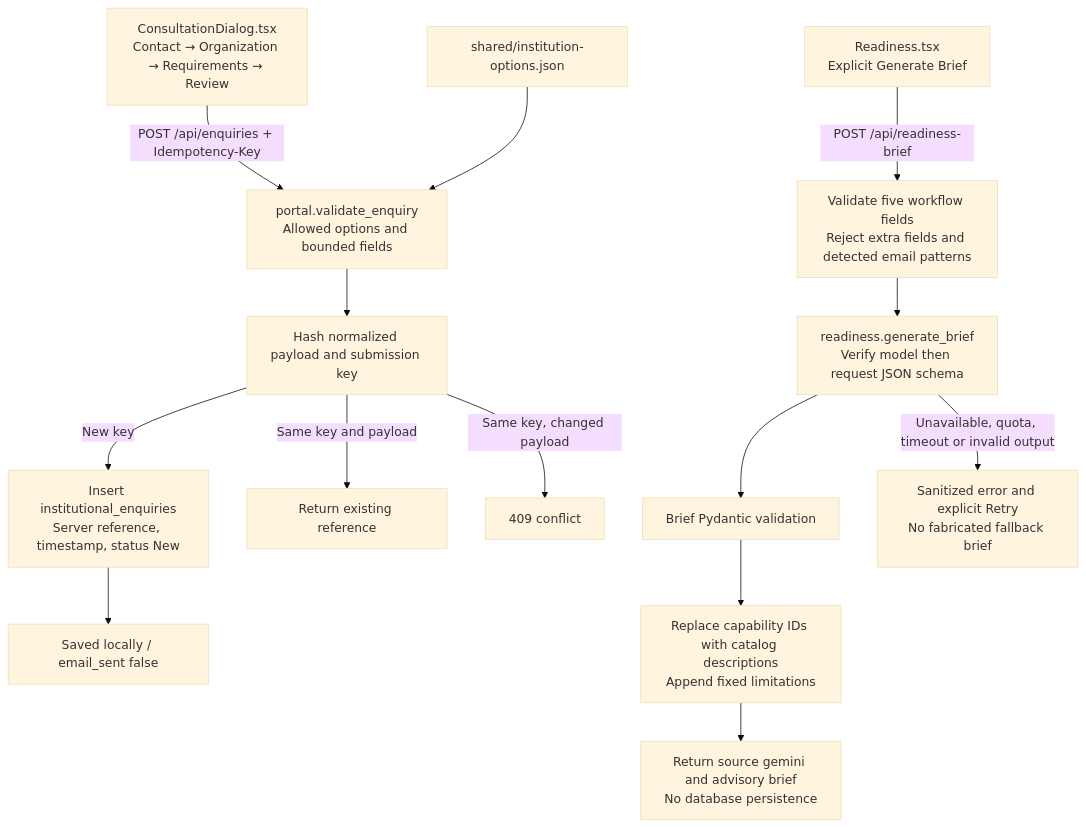
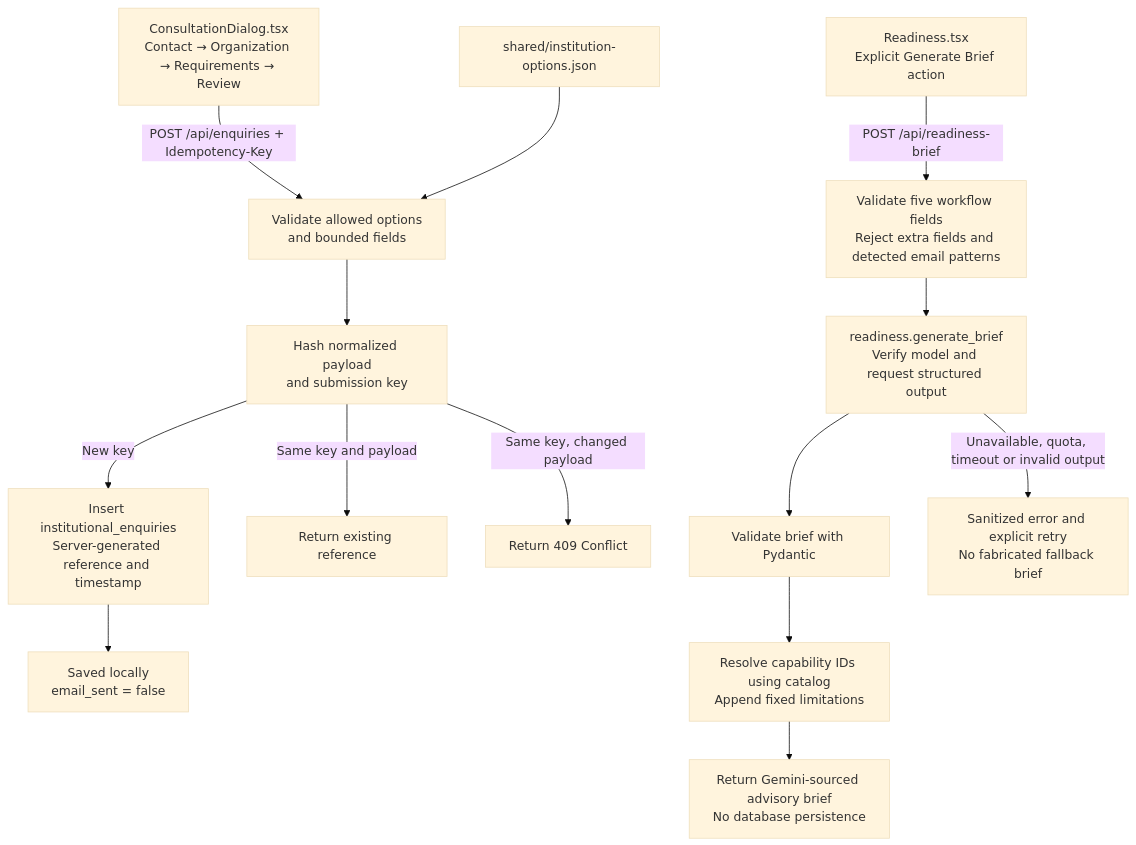
Before and after one commit to harsh5ingh/classroom-insight: the third of 5 diagrams in docs/ARCHITECTURE.md, drawn with Mermaid (base theme). The commit also changed other lines of this file and 5 other files, not shown here.

````diff
--- a/docs/ARCHITECTURE.md
+++ b/docs/ARCHITECTURE.md
@@ -82,16 +116,21 @@
 ```mermaid
 flowchart TD
-    Consultation["ConsultationDialog.tsx\nContact → Organization → Requirements → Review"] -->|"POST /api/enquiries + Idempotency-Key"| Validate["portal.validate_enquiry\nAllowed options and bounded fields"]
+    Consultation["ConsultationDialog.tsx<br/>Contact → Organization → Requirements → Review"]
+    Consultation -->|"POST /api/enquiries + Idempotency-Key"| Validate["Validate allowed options<br/>and bounded fields"]
     Options["shared/institution-options.json"] --> Validate
-    Validate --> Dedupe["Hash normalized payload and submission key"]
-    Dedupe -->|"New key"| Insert["Insert institutional_enquiries\nServer reference, timestamp, status New"]
+
+    Validate --> Dedupe["Hash normalized payload<br/>and submission key"]
+    Dedupe -->|"New key"| Insert["Insert institutional_enquiries<br/>Server-generated reference and timestamp"]
     Dedupe -->|"Same key and payload"| Replay["Return existing reference"]
-    Dedupe -->|"Same key, changed payload"| Conflict["409 conflict"]
-    Insert --> Saved["Saved locally / email_sent false"]
-    ReadinessUI["Readiness.tsx\nExplicit Generate Brief"] -->|"POST /api/readiness-brief"| Workflow["Validate five workflow fields\nReject extra fields and detected email patterns"]
-    Workflow --> Generation["readiness.generate_brief\nVerify model then request JSON schema"]
-    Generation --> Schema["Brief Pydantic validation"]
-    Schema --> Grounding["Replace capability IDs with catalog descriptions\nAppend fixed limitations"]
-    Grounding --> Result["Return source gemini and advisory brief\nNo database persistence"]
-    Generation -->|"Unavailable, quota, timeout or invalid output"| Failure["Sanitized error and explicit Retry\nNo fabricated fallback brief"]
+    Dedupe -->|"Same key, changed payload"| Conflict["Return 409 Conflict"]
+    Insert --> Saved["Saved locally<br/>email_sent = false"]
+
+    ReadinessUI["Readiness.tsx<br/>Explicit Generate Brief action"]
+    ReadinessUI -->|"POST /api/readiness-brief"| Workflow["Validate five workflow fields<br/>Reject extra fields and detected email patterns"]
+    Workflow --> Generation["readiness.generate_brief<br/>Verify model and request structured output"]
+    Generation --> Schema["Validate brief with Pydantic"]
+    Schema --> Grounding["Resolve capability IDs using catalog<br/>Append fixed limitations"]
+    Grounding --> Result["Return Gemini-sourced advisory brief<br/>No database persistence"]
+
+    Generation -->|"Unavailable, quota, timeout or invalid output"| Failure["Sanitized error and explicit retry<br/>No fabricated fallback brief"]
 ```
````
